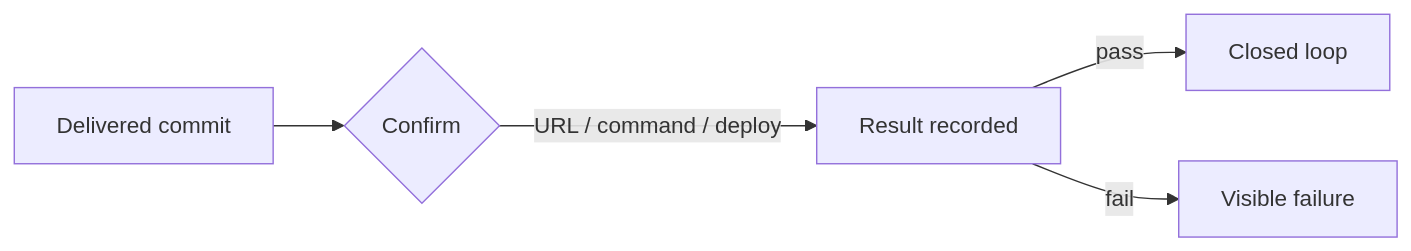
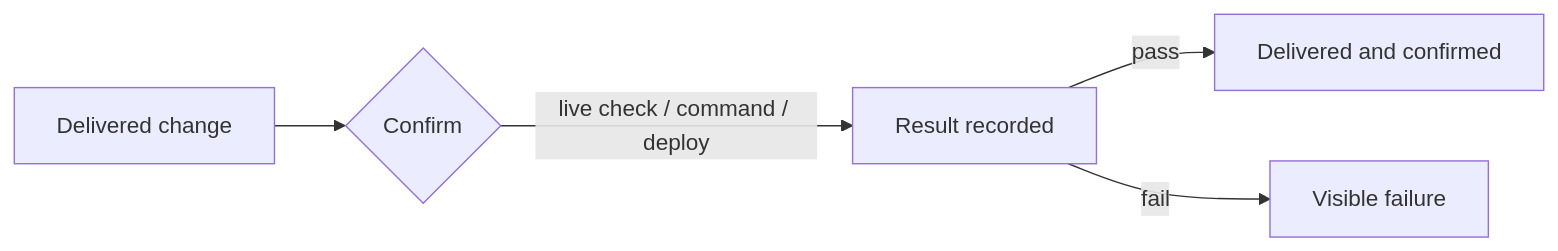
Before and after one commit to michaelatamuk/openjiuwen-works: diagram 11 of 11 in docs/guides/how-a-fix-flows.md, drawn with Mermaid. The commit also changed other lines of this file and 47 other files, not shown here.

````diff
--- a/docs/guides/how-a-fix-flows.md
+++ b/docs/guides/how-a-fix-flows.md
@@ -206,7 +199,7 @@
 ```mermaid
 flowchart LR
-    D[Delivered commit] --> C{Confirm}
-    C -->|URL / command / deploy| R[Result recorded]
-    R -->|pass| OK[Closed loop]
+    D[Delivered change] --> C{Confirm}
+    C -->|live check / command / deploy| R[Result recorded]
+    R -->|pass| OK[Delivered and confirmed]
     R -->|fail| B[Visible failure]
 ```
````
